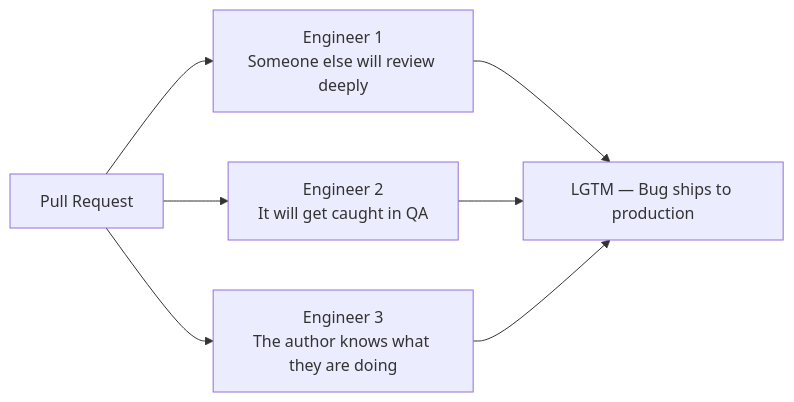
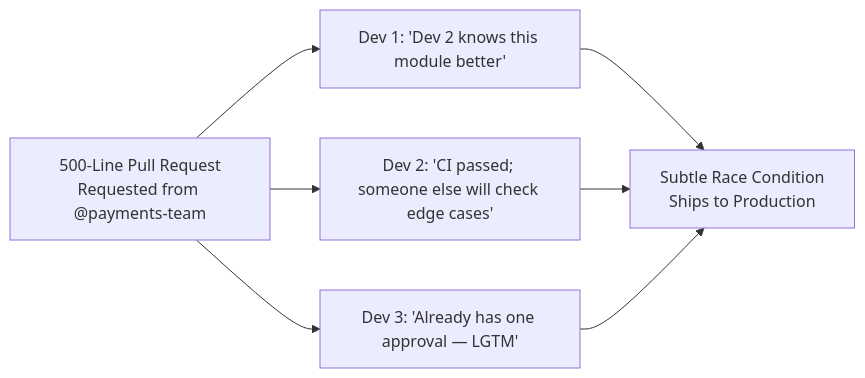
Before and after one commit to nitinkc/PrincipalEngineer_InterviewGuide: the diagram in docs/04.01-diffusion-responsibility.md, drawn with Mermaid. The commit also changed other lines of this file and 27 other files, not shown here.

````diff
--- a/docs/04.01-diffusion-responsibility.md
+++ b/docs/04.01-diffusion-responsibility.md
@@ -33,9 +38,9 @@
 ```mermaid
 graph LR
-    PR[Pull Request] --> E1["Engineer 1\nSomeone else will review deeply"]
-    PR --> E2["Engineer 2\nIt will get caught in QA"]
-    PR --> E3["Engineer 3\nThe author knows what they are doing"]
-    E1 --> LGTM["LGTM — Bug ships to production"]
-    E2 --> LGTM
-    E3 --> LGTM
+    PR["500-Line Pull Request<br/>Requested from @payments-team"] --> E1["Dev 1: 'Dev 2 knows this module better'"]
+    PR --> E2["Dev 2: 'CI passed; someone else will check edge cases'"]
+    PR --> E3["Dev 3: 'Already has one approval — LGTM'"]
+    E1 --> Bug["Subtle Race Condition<br/>Ships to Production"]
+    E2 --> Bug
+    E3 --> Bug
 ```
````
